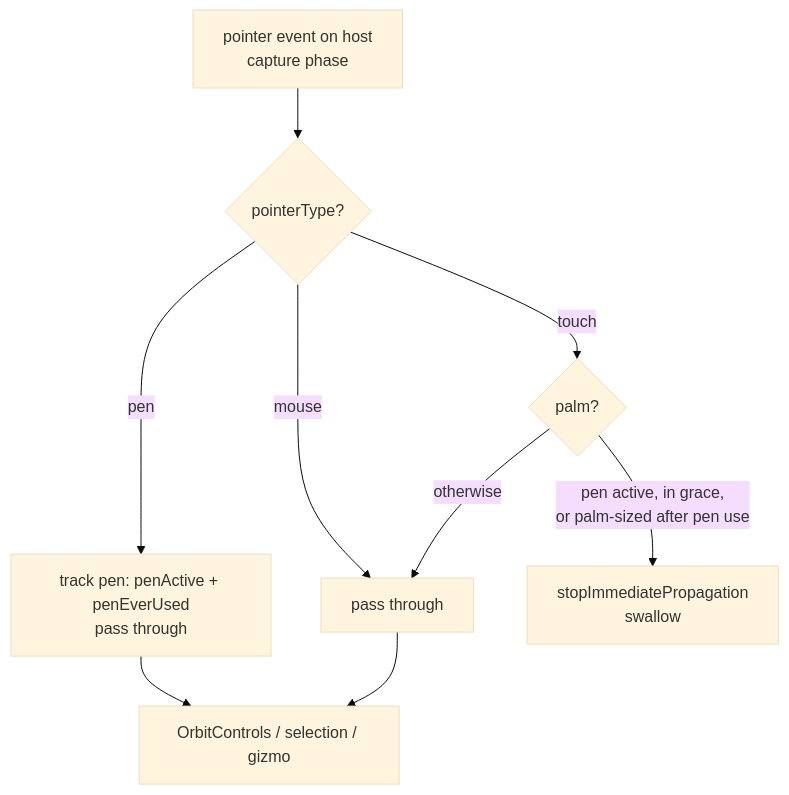
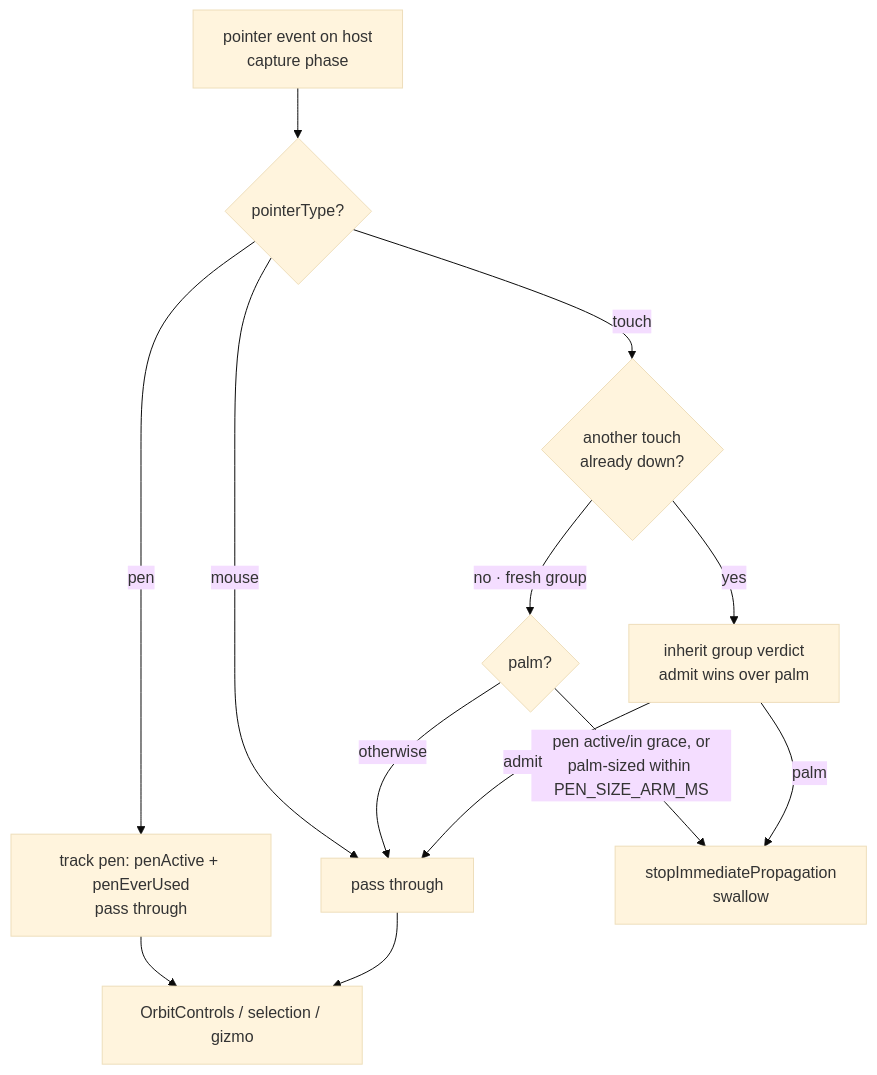
Before and after one commit to ColdCrabby/slicer: the fourth of 5 diagrams in ui/src/app/components/viewer/README.md, drawn with Mermaid (base theme). The commit also changed other lines of this file and 3 other files, not shown here.

````diff
--- a/ui/src/app/components/viewer/README.md
+++ b/ui/src/app/components/viewer/README.md
@@ -240,11 +242,15 @@
 ```mermaid
 flowchart TD
     E[pointer event on host<br/>capture phase] --> P{pointerType?}
     P -->|pen| T[track pen: penActive + penEverUsed<br/>pass through]
-    P -->|touch| C{palm?}
     P -->|mouse| A[pass through]
-    C -->|pen active, in grace,<br/>or palm-sized after pen use| S[stopImmediatePropagation<br/>swallow]
+    P -->|touch| G{another touch<br/>already down?}
+    G -->|yes| I[inherit group verdict<br/>admit wins over palm]
+    G -->|no · fresh group| C{palm?}
+    C -->|pen active/in grace, or<br/>palm-sized within PEN_SIZE_ARM_MS| S[stopImmediatePropagation<br/>swallow]
     C -->|otherwise| A
+    I -->|palm| S
+    I -->|admit| A
     T --> D[OrbitControls / selection / gizmo]
     A --> D
 ```
````
